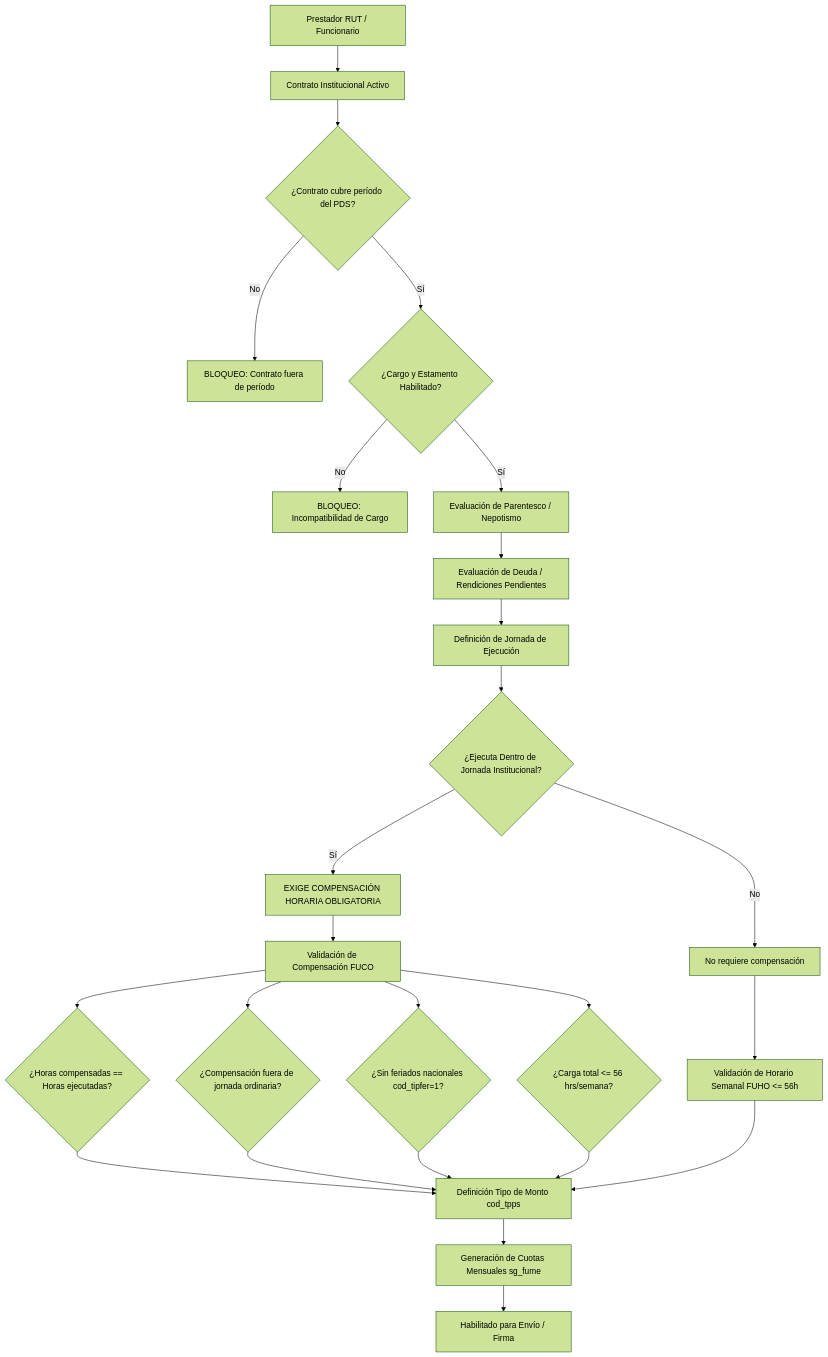
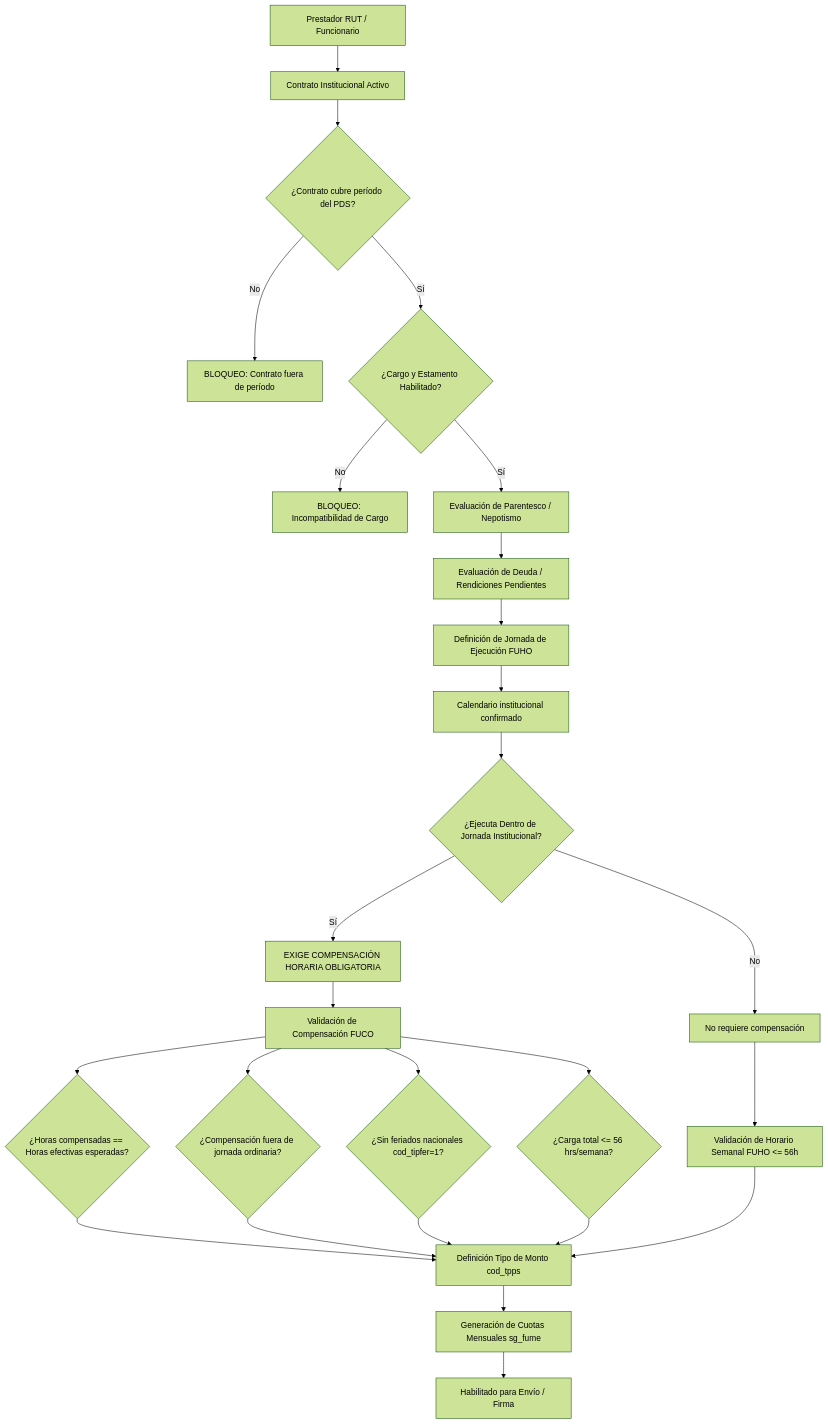
The first of 4 diagrams in cambios_pa_solicitud_wf/contexto_reglas_cambios_agregados/07_DEPENDENCIAS_DATOS_VALIDACIONES_Y_ROLES_WORKFLOW.md (estebanlizama/template-du09), drawn with Mermaid (forest theme) before and after one commit. The commit also changed other lines of this file and 13 other files, not shown here.

````diff
--- a/cambios_pa_solicitud_wf/contexto_reglas_cambios_agregados/07_DEPENDENCIAS_DATOS_VALIDACIONES_Y_ROLES_WORKFLOW.md
+++ b/cambios_pa_solicitud_wf/contexto_reglas_cambios_agregados/07_DEPENDENCIAS_DATOS_VALIDACIONES_Y_ROLES_WORKFLOW.md
@@ -12,27 +12,28 @@
 ```mermaid
 flowchart TD
     A[Prestador RUT / Funcionario] --> B[Contrato Institucional Activo]
     B --> C{¿Contrato cubre período del PDS?}
     C -- No --> ERR1[BLOQUEO: Contrato fuera de período]
     C -- Sí --> D{¿Cargo y Estamento Habilitado?}
     D -- No --> ERR2[BLOQUEO: Incompatibilidad de Cargo]
     D -- Sí --> E[Evaluación de Parentesco / Nepotismo]
     E --> F[Evaluación de Deuda / Rendiciones Pendientes]
-    F --> G[Definición de Jornada de Ejecución]
+    F --> G[Definición de Jornada de Ejecución FUHO]
+    G --> CAL[Calendario institucional confirmado]
     
-    G --> H{¿Ejecuta Dentro de Jornada Institucional?}
+    CAL --> H{¿Ejecuta Dentro de Jornada Institucional?}
     H -- Sí --> I[EXIGE COMPENSACIÓN HORARIA OBLIGATORIA]
     H -- No --> J[No requiere compensación]
     
     I --> K[Validación de Compensación FUCO]
-    K --> K1{¿Horas compensadas == Horas ejecutadas?}
+    K --> K1{¿Horas compensadas == Horas efectivas esperadas?}
     K --> K2{¿Compensación fuera de jornada ordinaria?}
     K --> K3{¿Sin feriados nacionales cod_tipfer=1?}
     K --> K4{¿Carga total <= 56 hrs/semana?}
     
     J --> L[Validación de Horario Semanal FUHO <= 56h]
     
     K1 & K2 & K3 & K4 & L --> M[Definición Tipo de Monto cod_tpps]
     M --> N[Generación de Cuotas Mensuales sg_fume]
     N --> O[Habilitado para Envío / Firma]
 ```
````
